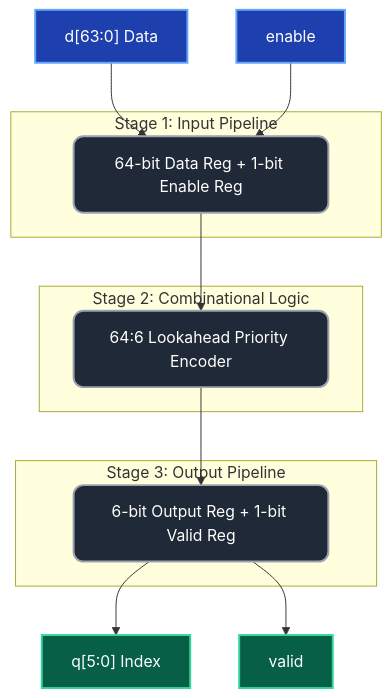
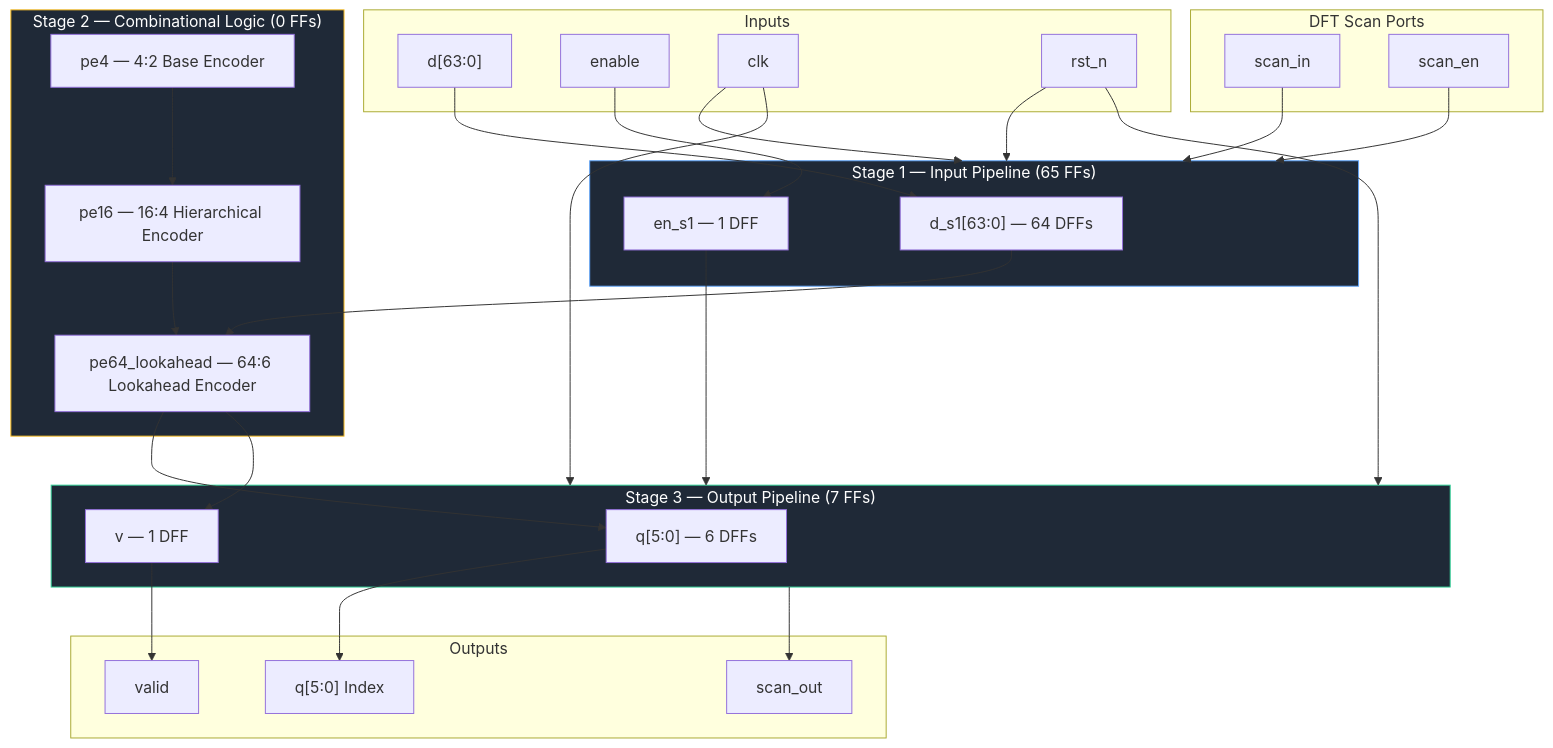
The second of 3 diagrams in README.md (vikramzw-max/DFT-ATPG-flow-fault-simulation-for-Scalable-1D-to-2D-priority-encoder-64-6), drawn with Mermaid before and after one commit. The commit also changed other lines of this file, not shown here.

Commit message:
Major README overhaul: match reference repo style with full DFT/ATPG results, comparison tables, Mermaid diagrams, and switching analysis

````diff
--- a/README.md
+++ b/README.md
@@ -13,37 +41,62 @@
 ```mermaid
 graph TD
-    classDef input node,fill:#1E40AF,stroke:#60A5FA,stroke-width:2px,color:#fff
-    classDef output node,fill:#065F46,stroke:#34D399,stroke-width:2px,color:#fff
-    classDef stage node,fill:#1F2937,stroke:#9CA3AF,stroke-width:2px,color:#fff,rx:10px,ry:10px
-
-    %% Inputs
-    D_IN["d[63:0] Data"]:::input
-    EN_IN["enable"]:::input
-
-    %% Pipeline Stage 1
-    subgraph S1 ["Stage 1: Input Pipeline"]
-        REG_IN["64-bit Data Reg + 1-bit Enable Reg"]:::stage
+    subgraph Inputs
+        D["d[63:0]"]
+        EN["enable"]
+        CLK["clk"]
+        RST["rst_n"]
     end
 
-    %% Combinational Stage
-    subgraph S2 ["Stage 2: Combinational Logic"]
-        PE64["64:6 Lookahead Priority Encoder"]:::stage
+    subgraph DFT_Ports ["DFT Scan Ports"]
+        SI["scan_in"]
+        SE["scan_en"]
     end
 
-    %% Pipeline Stage 2
-    subgraph S3 ["Stage 3: Output Pipeline"]
-        REG_OUT["6-bit Output Reg + 1-bit Valid Reg"]:::stage
+    subgraph Stage1 ["Stage 1 — Input Pipeline (65 FFs)"]
+        REG_D["d_s1[63:0] — 64 DFFs"]
+        REG_EN["en_s1 — 1 DFF"]
     end
 
-    %% Outputs
-    Q_OUT["q[5:0] Index"]:::output
-    V_OUT["valid"]:::output
+    subgraph Stage2 ["Stage 2 — Combinational Logic (0 FFs)"]
+        PE4_1["pe4 — 4:2 Base Encoder"]
+        PE16_1["pe16 — 16:4 Hierarchical Encoder"]
+        PE64["pe64_lookahead — 64:6 Lookahead Encoder"]
+    end
 
-    %% Connections
-    D_IN --> REG_IN
-    EN_IN --> REG_IN
-    REG_IN --> PE64
-    PE64 --> REG_OUT
-    REG_OUT --> Q_OUT
-    REG_OUT --> V_OUT
+    subgraph Stage3 ["Stage 3 — Output Pipeline (7 FFs)"]
+        REG_Q["q[5:0] — 6 DFFs"]
+        REG_V["v — 1 DFF"]
+    end
+
+    subgraph Outputs
+        Q["q[5:0] Index"]
+        V["valid"]
+        SO["scan_out"]
+    end
+
+    D --> REG_D
+    EN --> REG_EN
+    CLK --> Stage1
+    CLK --> Stage3
+    RST --> Stage1
+    RST --> Stage3
+
+    SI --> Stage1
+    SE --> Stage1
+
+    REG_D --> PE64
+    REG_EN --> Stage3
+    PE4_1 --> PE16_1
+    PE16_1 --> PE64
+
+    PE64 --> REG_Q
+    PE64 --> REG_V
+
+    REG_Q --> Q
+    REG_V --> V
+    Stage3 --> SO
+
+    style Stage1 fill:#1F2937,stroke:#60A5FA,color:#fff
+    style Stage2 fill:#1F2937,stroke:#FBBF24,color:#fff
+    style Stage3 fill:#1F2937,stroke:#34D399,color:#fff
 ```
````
